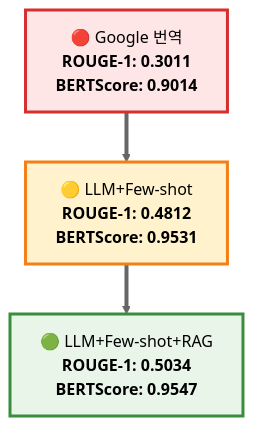
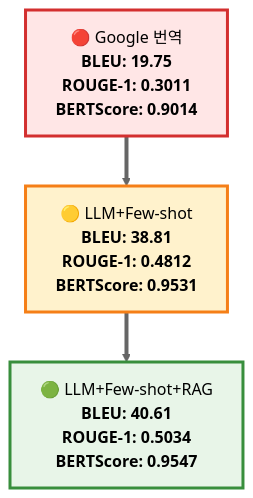
The fifth of 5 diagrams in profile/README.md (Oshinavi/.github), drawn with Mermaid (forest theme) before and after one commit. The commit also changed other lines of this file, not shown here.

````diff
--- a/profile/README.md
+++ b/profile/README.md
@@ -333,16 +333,16 @@
 ```mermaid
 graph TD
-    Google["🔴 Google 번역<br/><b>ROUGE-1: 0.3011</b><br/><b>BERTScore: 0.9014</b>"]
-    LLM+Few-shot["🟡 LLM+Few-shot<br/><b>ROUGE-1: 0.4812</b><br/><b>BERTScore: 0.9531</b>"]
-    LLM+Few-shot+RAG["🟢 LLM+Few-shot+RAG<br/><b>ROUGE-1: 0.5034</b><br/><b>BERTScore: 0.9547</b>"]
+    Google["🔴 Google 번역<br/><b>BLEU: 19.75</b><br/><b>ROUGE-1: 0.3011</b><br/><b>BERTScore: 0.9014</b>"]
+    LLM+Few-shot["🟡 LLM+Few-shot<br/><b>BLEU: 38.81</b><br/><b>ROUGE-1: 0.4812</b><br/><b>BERTScore: 0.9531</b>"]
+    LLM+Few-shot+RAG["🟢 LLM+Few-shot+RAG<br/><b>BLEU: 40.61</b><br/><b>ROUGE-1: 0.5034</b><br/><b>BERTScore: 0.9547</b>"]
     
     Google ==> LLM+Few-shot
     LLM+Few-shot ==> LLM+Few-shot+RAG
     
     style Google fill:#FFE6E6,stroke:#D32F2F,stroke-width:3px,color:#000
     style LLM+Few-shot fill:#FFF2CC,stroke:#F57F17,stroke-width:3px,color:#000
     style LLM+Few-shot+RAG fill:#E8F5E8,stroke:#388E3C,stroke-width:3px,color:#000
     
     linkStyle 0 stroke:#666,stroke-width:4px
     linkStyle 1 stroke:#666,stroke-width:4px
 ```
````
